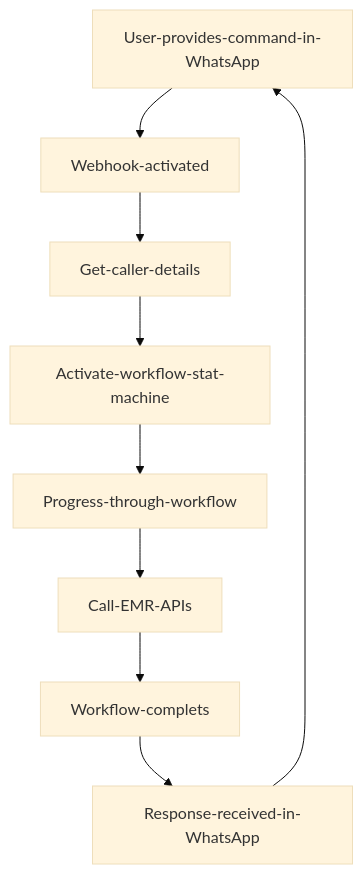
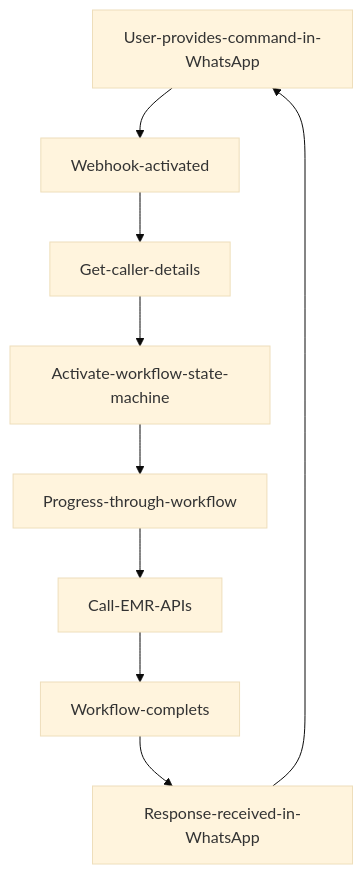
One commit to paragadev/whatsappbot-twilio-php-health changed the diagram in README.md. Above: the diagram before and after it, drawn with Mermaid (base theme).

````diff
--- a/README.md
+++ b/README.md
@@ -100,11 +100,11 @@
 ```mermaid
 graph TD;
     User-provides-command-in-WhatsApp-->Webhook-activated;
     Webhook-activated-->Get-caller-details;
-    Get-caller-details-->Activate-workflow-stat-machine;
-    Activate-workflow-stat-machine-->Progress-through-workflow;
+    Get-caller-details-->Activate-workflow-state-machine;
+    Activate-workflow-state-machine-->Progress-through-workflow;
     Progress-through-workflow-->Call-EMR-APIs;
     Call-EMR-APIs-->Workflow-complets;
     Workflow-complets-->Response-received-in-WhatsApp;
     Response-received-in-WhatsApp-->User-provides-command-in-WhatsApp;
 ```
````
